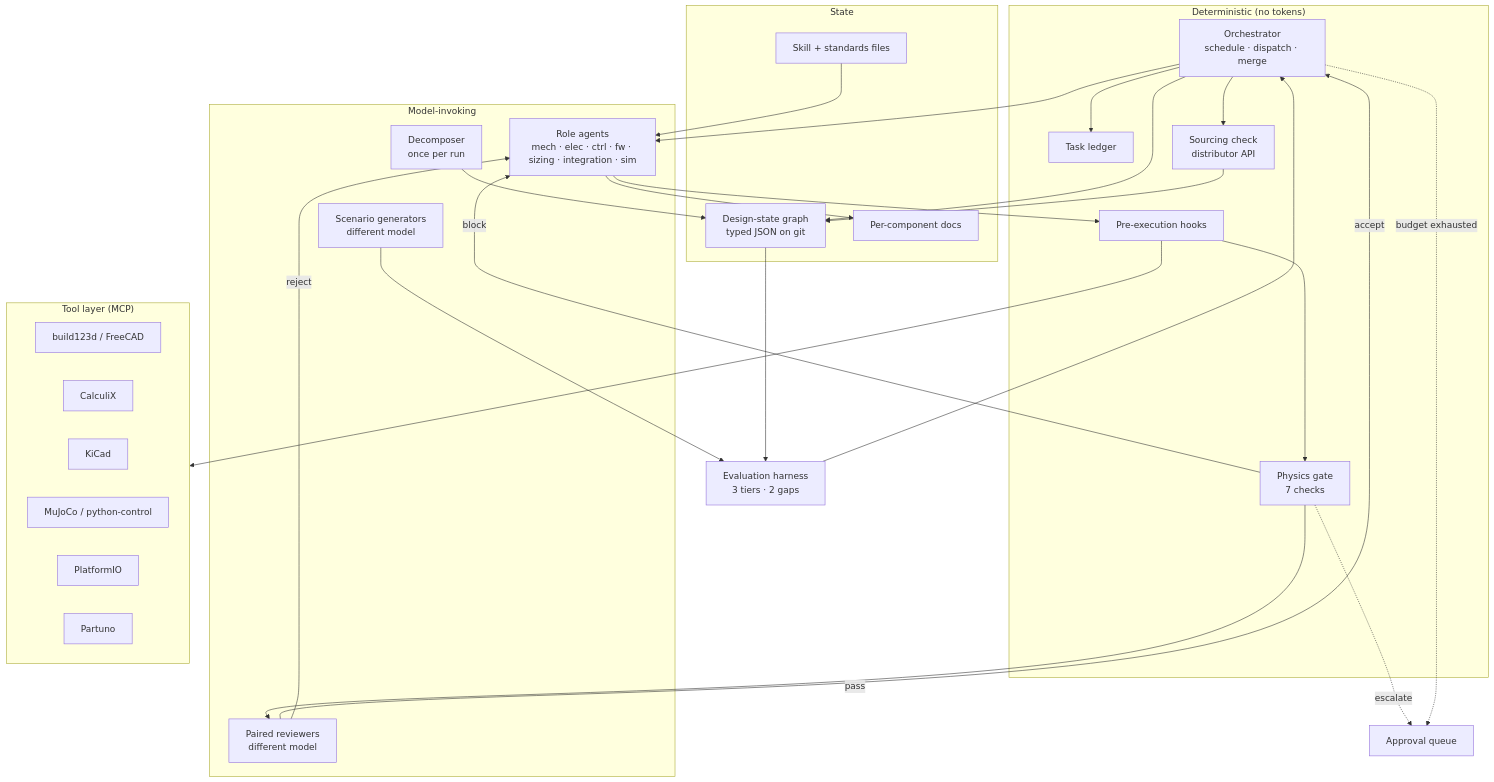
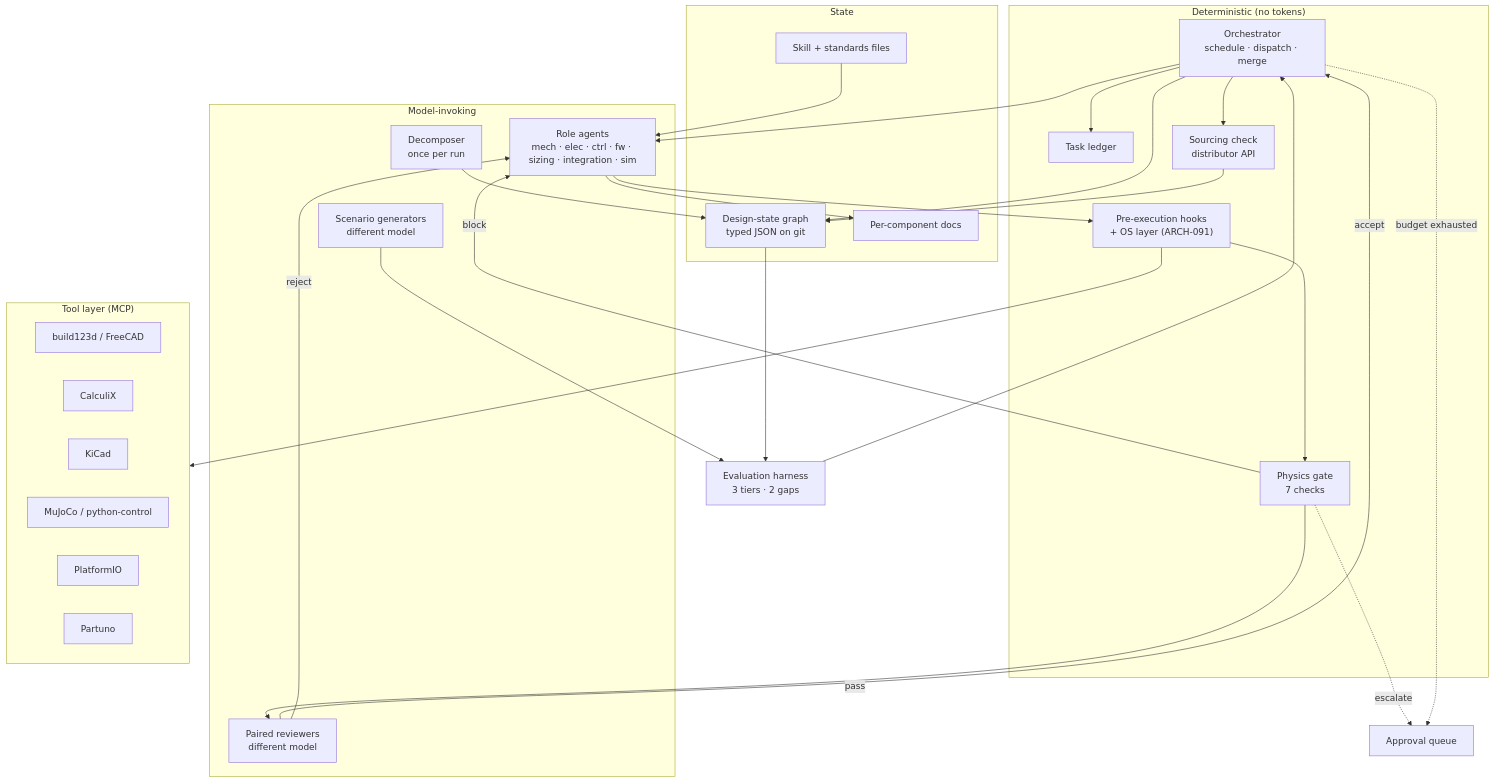
One commit to yasinhessnawi1/physgate changed the diagram in .docs/02-architecture-specification.md. Above: the diagram before and after it, drawn with Mermaid. The commit also changed other lines of this file, not shown here.

First line of the commit message:
docs(architecture): OS layer and simulation records entries, directions for the collaborator, parts on hand and a separable product core, and entries corrected to what landed

````diff
--- a/.docs/02-architecture-specification.md
+++ b/.docs/02-architecture-specification.md
@@ -58,56 +58,56 @@
 ```mermaid
 flowchart TB
     subgraph DET["Deterministic (no tokens)"]
         ORCH["Orchestrator<br/>schedule · dispatch · merge"]
         LEDGER["Task ledger"]
-        HOOKS["Pre-execution hooks"]
+        HOOKS["Pre-execution hooks<br/>+ OS layer (ARCH-091)"]
         PHYS["Physics gate<br/>7 checks"]
         SRC["Sourcing check<br/>distributor API"]
     end
 
     subgraph MODEL["Model-invoking"]
         DEC["Decomposer<br/>once per run"]
         ROLES["Role agents<br/>mech · elec · ctrl · fw · sizing · integration · sim"]
         REV["Paired reviewers<br/>different model"]
         GEN["Scenario generators<br/>different model"]
     end
 
     subgraph STORE["State"]
         DSG["Design-state graph<br/>typed JSON on git"]
         DOCS["Per-component docs"]
         SKILL["Skill + standards files"]
     end
 
     subgraph TOOLS["Tool layer (MCP)"]
         CAD["build123d / FreeCAD"]
         FEA["CalculiX"]
         ECAD["KiCad"]
         SIM["MuJoCo / python-control"]
         EMB["PlatformIO"]
         PART["Partuno"]
     end
 
     EVAL["Evaluation harness<br/>3 tiers · 2 gaps"]
     HUMAN["Approval queue"]
 
     DEC --> DSG
     ORCH --> LEDGER
     ORCH --> DSG
     ORCH --> ROLES
     SKILL --> ROLES
     ROLES --> HOOKS
     HOOKS --> TOOLS
     HOOKS --> PHYS
     PHYS -->|pass| REV
     PHYS -->|block| ROLES
     REV -->|accept| ORCH
     REV -->|reject| ROLES
     ORCH --> SRC
     SRC --> DSG
     GEN --> EVAL
     DSG --> EVAL
     EVAL --> ORCH
     PHYS -.escalate.-> HUMAN
     ORCH -.budget exhausted.-> HUMAN
     ROLES --> DOCS
 ```
````
